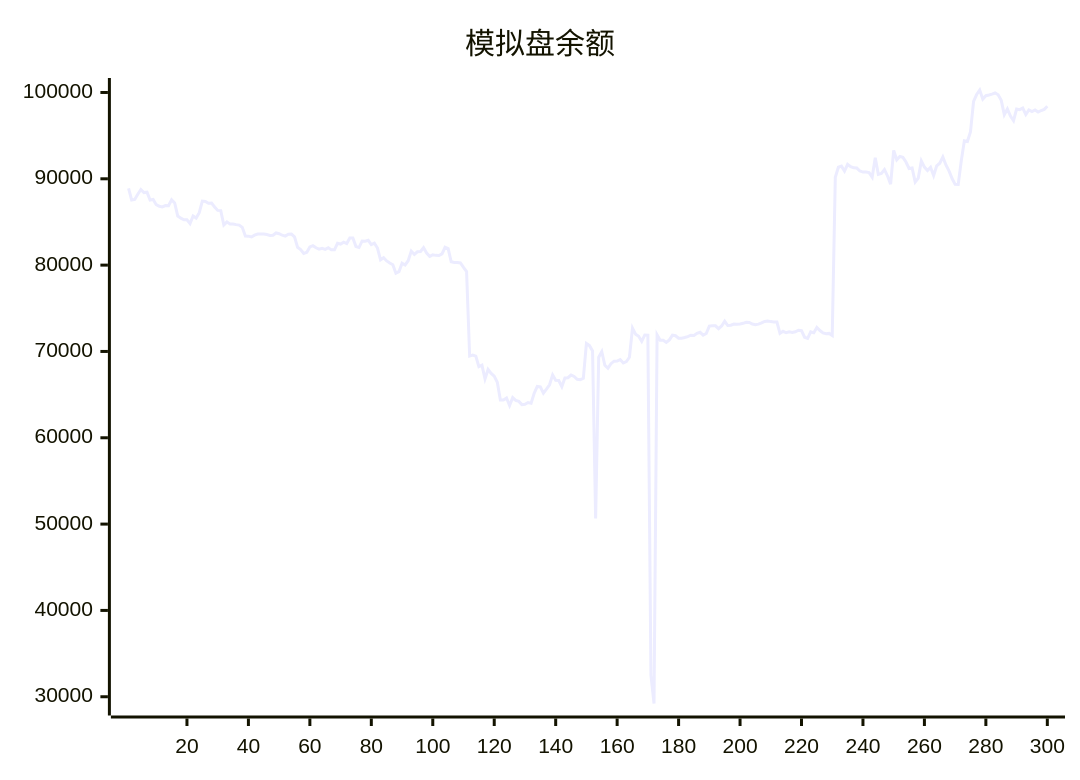
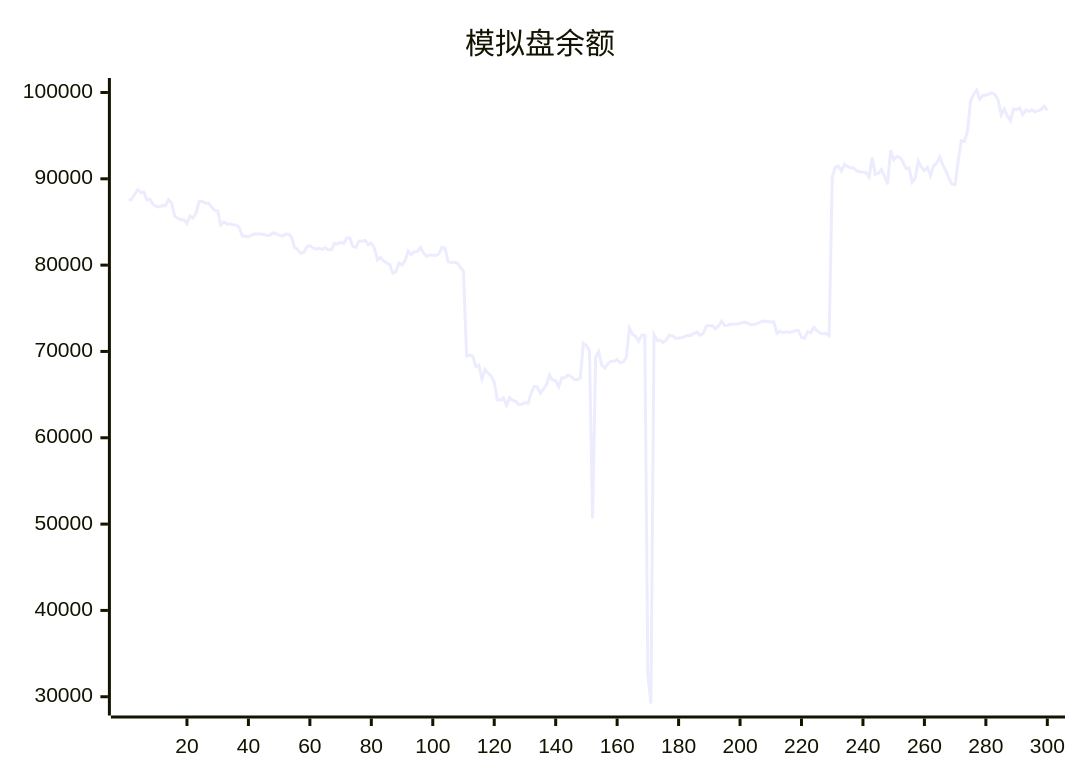
Before and after one commit to aahl/ai-trading: the diagram in README.md, drawn with Mermaid. The commit also changed other lines of this file and 1 other file, not shown here.

````diff
--- a/README.md
+++ b/README.md
@@ -5,5 +5,5 @@
 ```mermaid
 xychart
     title "模拟盘余额"
-    line [88894,87544,87608,88207,88755,88401,88444,87543,87608,87000,86810,86740,86894,86884,87576,87209,85686,85435,85251,85255,84820,85689,85453,86066,87420,87373,87161,87178,86740,86341,86315,84643,85012,84772,84768,84690,84635,84376,83360,83357,83259,83474,83608,83606,83602,83548,83440,83454,83724,83644,83464,83365,83590,83592,83275,82072,81806,81344,81492,82109,82254,82006,81848,81955,81829,82022,81769,81776,82522,82441,82656,82498,83144,83144,82150,82038,82797,82763,82872,82367,82536,81981,80612,80862,80484,80242,80034,79063,79245,80226,80016,80507,81625,81233,81544,81578,82016,81401,81019,81186,81130,81118,81306,82066,81909,80392,80304,80291,80258,79729,79261,69466,69579,69456,68251,68415,66832,67911,67462,67144,66432,64380,64375,64606,63740,64647,64324,64216,63842,63877,64078,64008,65156,65945,65888,65157,65625,66144,67284,66653,66639,65924,66925,66956,67263,67108,66766,66729,66886,70927,70673,70049,50652,69334,69973,68400,68061,68578,68876,68879,69055,68662,68822,69329,72687,71999,71760,71162,71911,71896,32500,29218,71927,71297,71305,71044,71337,71883,71822,71536,71536,71622,71723,71880,71860,72100,72216,71887,72077,72940,72976,72966,72638,72948,73497,73004,73041,73173,73160,73186,73258,73375,73351,73173,73098,73161,73305,73474,73536,73457,73413,73412,72100,72333,72164,72272,72204,72285,72461,72421,71652,71521,72267,72157,72774,72424,72144,72060,72091,71858,90185,91338,91466,90900,91678,91404,91268,91244,90903,90779,90787,90721,90187,92429,90518,90619,91070,90328,89376,93286,92202,92581,92485,91947,91196,91259,89619,90086,92063,91355,90950,91327,90373,91498,91800,92531,91603,90910,90031,89351,89334,92097,94406,94315,95455,98972,99763,100286,99229,99622,99701,99805,99938,99738,99082,97430,98094,97267,96741,98081,98013,98194,97447,97983,97789,97969,97729,97911,98043,98405]
+    line [87544,87608,88207,88755,88401,88444,87543,87608,87000,86810,86740,86894,86884,87576,87209,85686,85435,85251,85255,84820,85689,85453,86066,87420,87373,87161,87178,86740,86341,86315,84643,85012,84772,84768,84690,84635,84376,83360,83357,83259,83474,83608,83606,83602,83548,83440,83454,83724,83644,83464,83365,83590,83592,83275,82072,81806,81344,81492,82109,82254,82006,81848,81955,81829,82022,81769,81776,82522,82441,82656,82498,83144,83144,82150,82038,82797,82763,82872,82367,82536,81981,80612,80862,80484,80242,80034,79063,79245,80226,80016,80507,81625,81233,81544,81578,82016,81401,81019,81186,81130,81118,81306,82066,81909,80392,80304,80291,80258,79729,79261,69466,69579,69456,68251,68415,66832,67911,67462,67144,66432,64380,64375,64606,63740,64647,64324,64216,63842,63877,64078,64008,65156,65945,65888,65157,65625,66144,67284,66653,66639,65924,66925,66956,67263,67108,66766,66729,66886,70927,70673,70049,50652,69334,69973,68400,68061,68578,68876,68879,69055,68662,68822,69329,72687,71999,71760,71162,71911,71896,32500,29218,71927,71297,71305,71044,71337,71883,71822,71536,71536,71622,71723,71880,71860,72100,72216,71887,72077,72940,72976,72966,72638,72948,73497,73004,73041,73173,73160,73186,73258,73375,73351,73173,73098,73161,73305,73474,73536,73457,73413,73412,72100,72333,72164,72272,72204,72285,72461,72421,71652,71521,72267,72157,72774,72424,72144,72060,72091,71858,90185,91338,91466,90900,91678,91404,91268,91244,90903,90779,90787,90721,90187,92429,90518,90619,91070,90328,89376,93286,92202,92581,92485,91947,91196,91259,89619,90086,92063,91355,90950,91327,90373,91498,91800,92531,91603,90910,90031,89351,89334,92097,94406,94315,95455,98972,99763,100286,99229,99622,99701,99805,99938,99738,99082,97430,98094,97267,96741,98081,98013,98194,97447,97983,97789,97969,97729,97911,98043,98405,97912]
 ```
````
